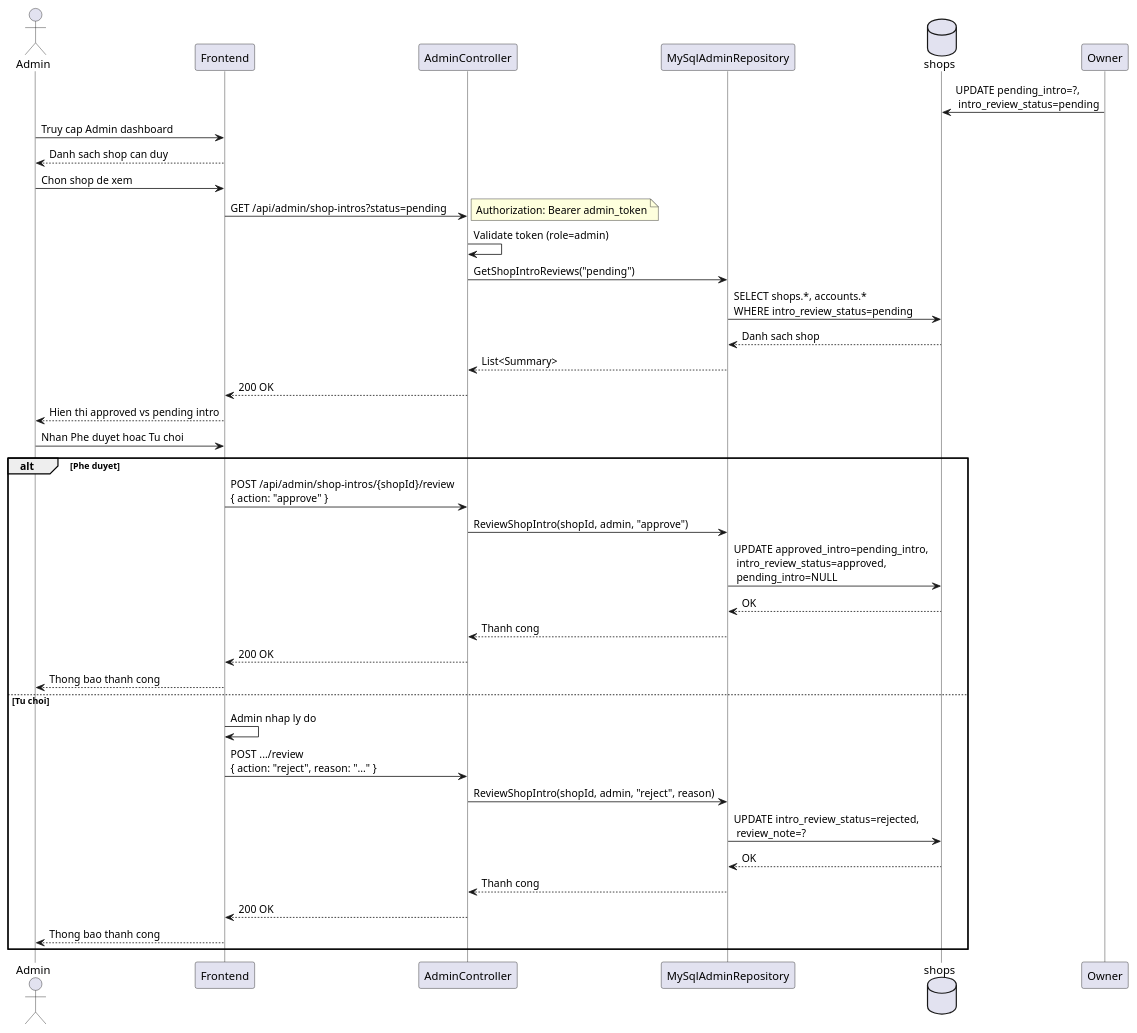
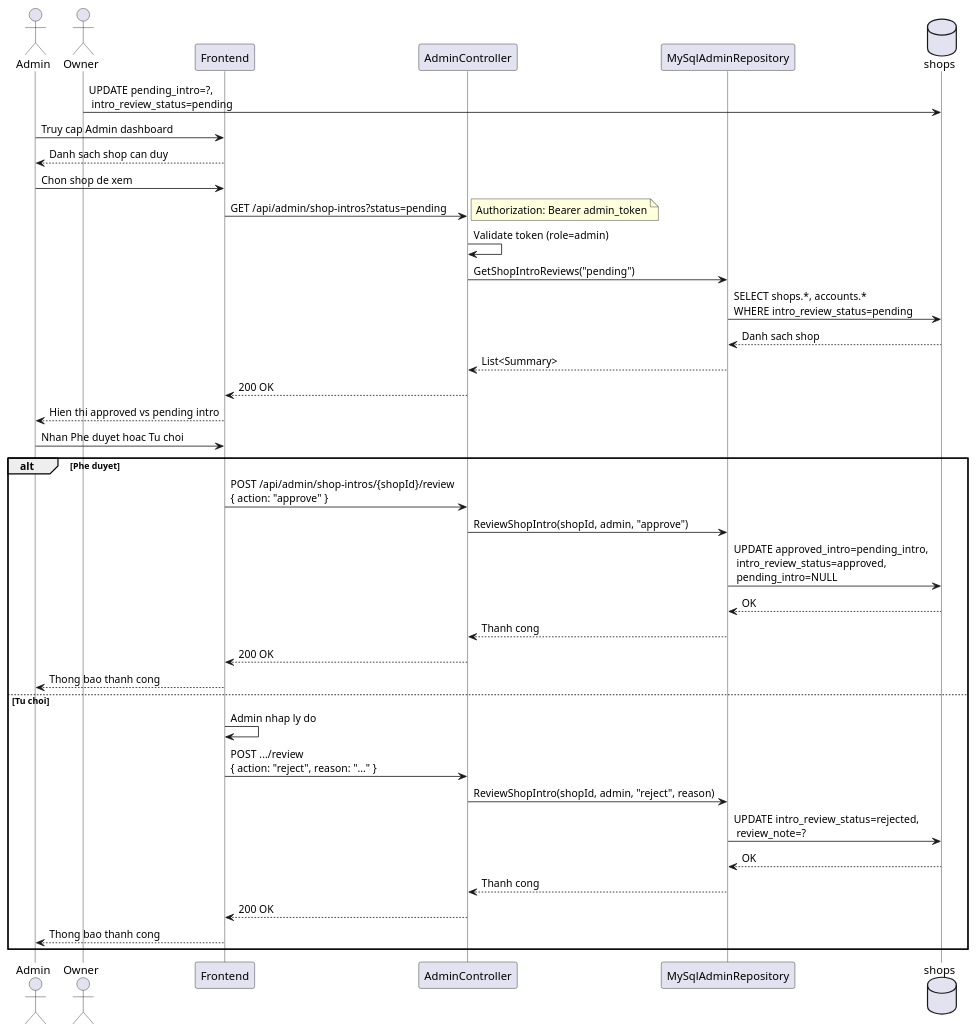
The diagram in Đặc tả wed/sequence_24_admin_review_shop_intro.puml (MinhMafia/DiDuDuaDi), drawn with PlantUML before and after one commit. The commit also changed 42 other files, not shown here.

```diff
--- a/Đặc tả wed/sequence_24_admin_review_shop_intro.puml
+++ b/Đặc tả wed/sequence_24_admin_review_shop_intro.puml
@@ -1,58 +1,59 @@
 @startuml sequence_24_admin_review_shop_intro
 skinparam backgroundColor White
 skinparam sequenceFontSize 11
 skinparam sequenceFontName "Times New Roman"
 skinparam lifelineStrategy nosolid
 
 actor Admin
+actor Owner
 participant "Frontend" as FE
 participant "AdminController" as Ctrl
 participant "MySqlAdminRepository" as Repo
 database "shops" as DB
 
 Owner -> DB: UPDATE pending_intro=?,\n intro_review_status=pending
 
 Admin -> FE: Truy cap Admin dashboard
 FE --> Admin: Danh sach shop can duy
 
 Admin -> FE: Chon shop de xem
 FE -> Ctrl: GET /api/admin/shop-intros?status=pending
 note right
   Authorization: Bearer admin_token
 end note
 
 Ctrl -> Ctrl: Validate token (role=admin)
 
 Ctrl -> Repo: GetShopIntroReviews("pending")
 Repo -> DB: SELECT shops.*, accounts.*\nWHERE intro_review_status=pending
 DB --> Repo: Danh sach shop
 Repo --> Ctrl: List<Summary>
 Ctrl --> FE: 200 OK
 FE --> Admin: Hien thi approved vs pending intro
 
 Admin -> FE: Nhan Phe duyet hoac Tu choi
 
 alt Phe duyet
   FE -> Ctrl: POST /api/admin/shop-intros/{shopId}/review\n{ action: "approve" }
   
   Ctrl -> Repo: ReviewShopIntro(shopId, admin, "approve")
   Repo -> DB: UPDATE approved_intro=pending_intro,\n intro_review_status=approved,\n pending_intro=NULL
   DB --> Repo: OK
   Repo --> Ctrl: Thanh cong
   Ctrl --> FE: 200 OK
   FE --> Admin: Thong bao thanh cong
   
 else Tu choi
   FE -> FE: Admin nhap ly do
   
   FE -> Ctrl: POST .../review\n{ action: "reject", reason: "..." }
   
   Ctrl -> Repo: ReviewShopIntro(shopId, admin, "reject", reason)
   Repo -> DB: UPDATE intro_review_status=rejected,\n review_note=?
   DB --> Repo: OK
   Repo --> Ctrl: Thanh cong
   Ctrl --> FE: 200 OK
   FE --> Admin: Thong bao thanh cong
 end
 
 @enduml
```
